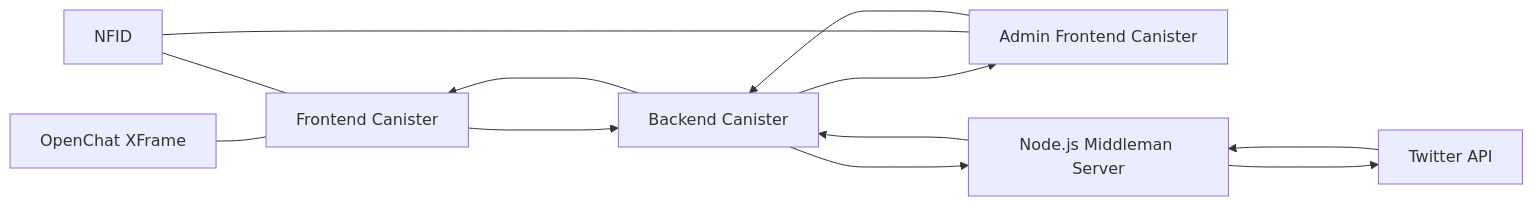
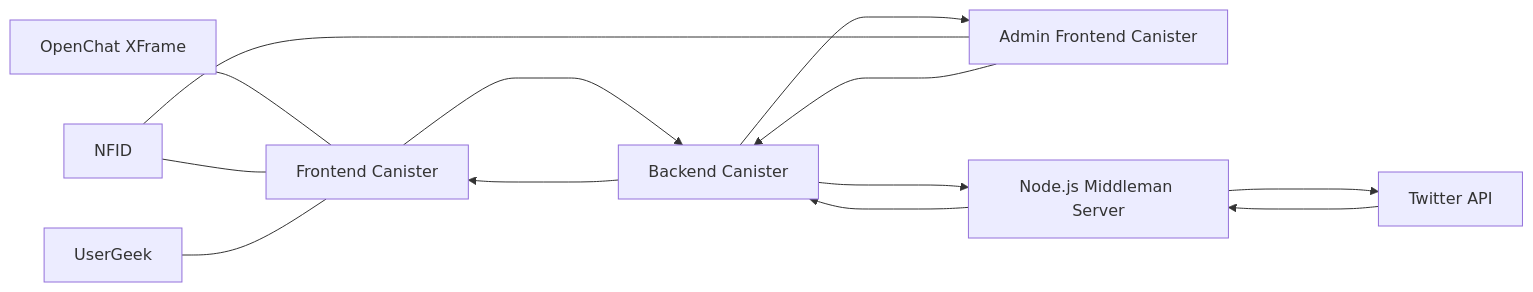
Before and after one commit to Konecta-DAO/missions: the diagram in README.md, drawn with Mermaid. The commit also changed other lines of this file and 6 other files, not shown here.

````diff
--- a/README.md
+++ b/README.md
@@ -12,14 +12,15 @@
 ```mermaid
 graph LR
 D[OpenChat XFrame] --- A[Frontend Canister]
 A[Frontend Canister] ----> B[Backend Canister]
 B[Backend Canister] ----> A[Frontend Canister]
 C[NFID] --- A[Frontend Canister]
 E[Admin Frontend Canister] ----> B[Backend Canister]
 B[Backend Canister] ----> E[Admin Frontend Canister]
 C[NFID] ---- E[Admin Frontend Canister]
 B[Backend Canister] ----> F[Node.js Middleman Server]
 F[Node.js Middleman Server] ----> B[Backend Canister]
 F[Node.js Middleman Server] ----> G[Twitter API]
 G[Twitter API] ----> F[Node.js Middleman Server]
+H[UserGeek ] --- A[Frontend Canister]
 ```
````
